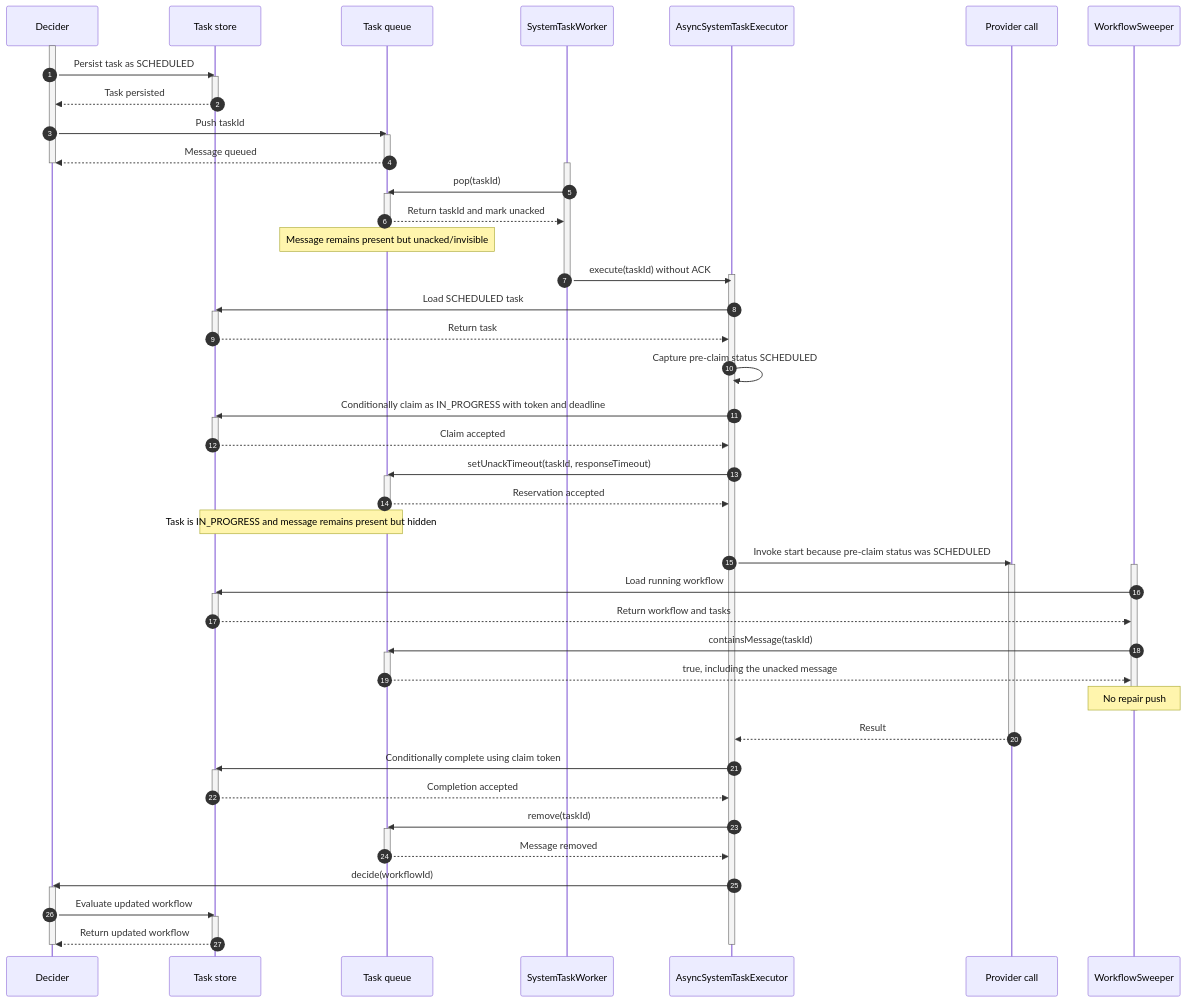
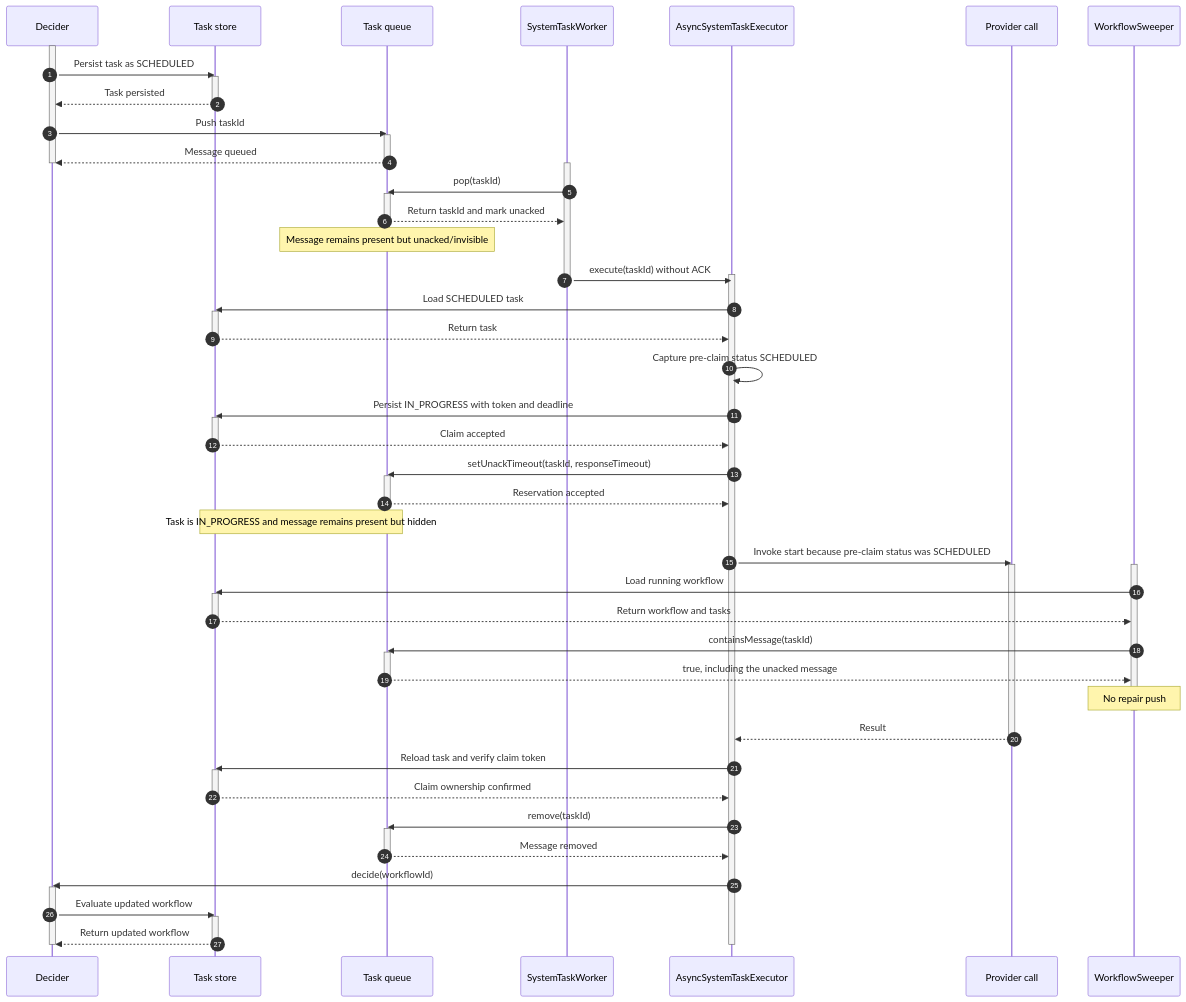
Before and after one commit to conductor-oss/conductor: the second of 4 diagrams in docs/design/2026-07-21-issue-1321-poll-level-reserve.md, drawn with Mermaid. The commit also changed other lines of this file and 3 other files, not shown here.

````diff
--- a/docs/design/2026-07-21-issue-1321-poll-level-reserve.md
+++ b/docs/design/2026-07-21-issue-1321-poll-level-reserve.md
@@ -233,79 +233,79 @@
 ```mermaid
 sequenceDiagram
     autonumber
     participant D as Decider
     participant DB as Task store
     participant Q as Task queue
     participant W as SystemTaskWorker
     participant X as AsyncSystemTaskExecutor
     participant P as Provider call
     participant S as WorkflowSweeper
 
     activate D
     D->>DB: Persist task as SCHEDULED
     activate DB
     DB-->>D: Task persisted
     deactivate DB
     D->>Q: Push taskId
     activate Q
     Q-->>D: Message queued
     deactivate Q
     deactivate D
 
     activate W
     W->>Q: pop(taskId)
     activate Q
     Q-->>W: Return taskId and mark unacked
     deactivate Q
     Note over Q: Message remains present but unacked/invisible
     W->>X: execute(taskId) without ACK
     activate X
     deactivate W
     X->>DB: Load SCHEDULED task
     activate DB
     DB-->>X: Return task
     deactivate DB
     X->>X: Capture pre-claim status SCHEDULED
-    X->>DB: Conditionally claim as IN_PROGRESS with token and deadline
+    X->>DB: Persist IN_PROGRESS with token and deadline
     activate DB
     DB-->>X: Claim accepted
     deactivate DB
     X->>Q: setUnackTimeout(taskId, responseTimeout)
     activate Q
     Q-->>X: Reservation accepted
     deactivate Q
     Note over DB,Q: Task is IN_PROGRESS and message remains present but hidden
     X->>P: Invoke start because pre-claim status was SCHEDULED
     activate P
 
     activate S
     S->>DB: Load running workflow
     activate DB
     DB-->>S: Return workflow and tasks
     deactivate DB
     S->>Q: containsMessage(taskId)
     activate Q
     Q-->>S: true, including the unacked message
     deactivate Q
     Note over S: No repair push
     deactivate S
 
     P-->>X: Result
     deactivate P
-    X->>DB: Conditionally complete using claim token
+    X->>DB: Reload task and verify claim token
     activate DB
-    DB-->>X: Completion accepted
+    DB-->>X: Claim ownership confirmed
     deactivate DB
     X->>Q: remove(taskId)
     activate Q
     Q-->>X: Message removed
     deactivate Q
     X->>D: decide(workflowId)
     activate D
     D->>DB: Evaluate updated workflow
     activate DB
     DB-->>D: Return updated workflow
     deactivate DB
     deactivate D
     deactivate X
 ```
````
